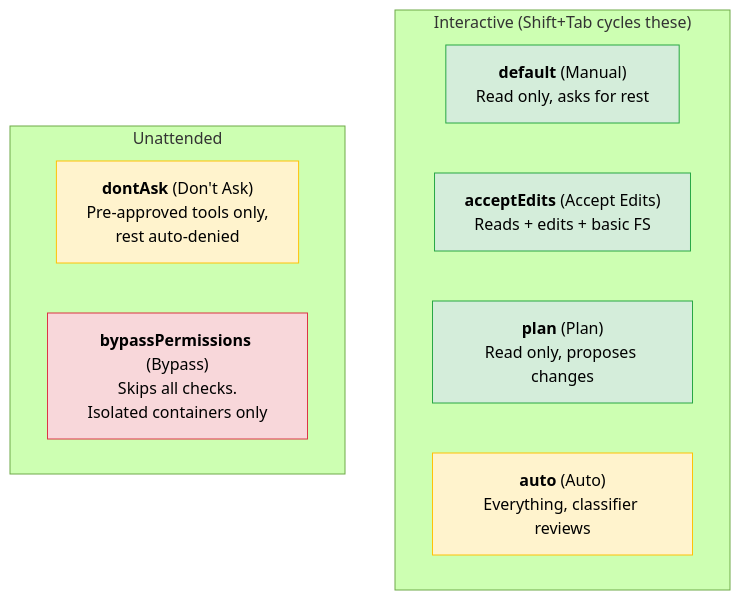
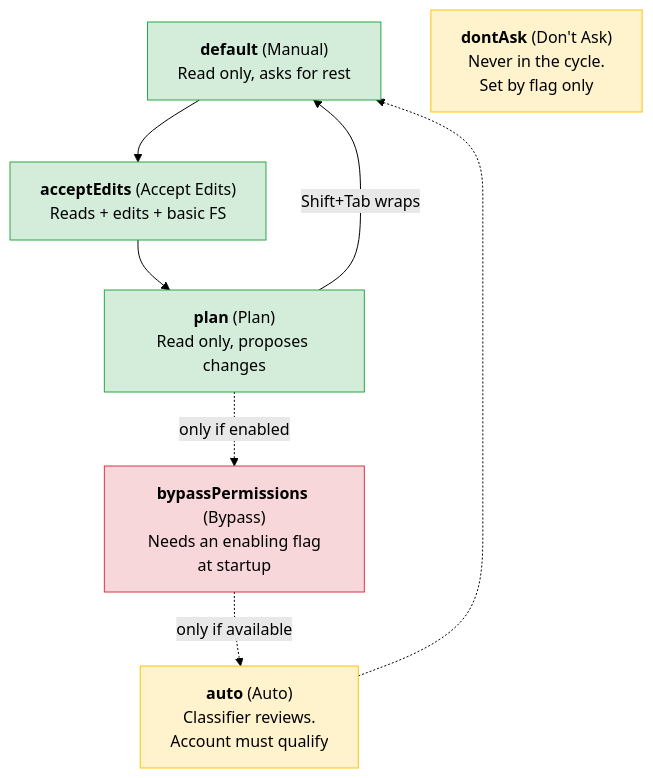
Before and after one commit to shreyabaid007/Claude-Certified-Architect: the third of 8 diagrams in Foundations/04-Claude-Code-in-Action/README.md, drawn with Mermaid (forest theme). The commit also changed other lines of this file and 2 other files, not shown here.

Commit message:
fix: correct Shift+Tab cycle membership in the permission modes diagram
Verified against code.claude.com/docs/en/permission-modes: the base
cycle is default -> acceptEdits -> plan. auto joins when the account
meets the requirements, bypassPermissions joins only when started with
an enabling flag, and dontAsk never appears in the cycle.

The note showed auto as unconditionally in the cycle. dontAsk was
already outside it, so this is a narrower fix than the issue described.

The diagram now draws the cycle with directional arrows rather than
grouping boxes in subgraphs, which also satisfies the repo's own rule
that every diagram carries at least one arrow. All six modes remain
visible, and the palette and color:#000 are unchanged.

Adds a 'Verify before you build' callout, since cycle membership is
version- and account-dependent, and corrects the same imprecise claim
where it had propagated into the Quick Revision row, GLOSSARY.md, and
CHEATSHEET.md.

Closes #3

````diff
--- a/Foundations/04-Claude-Code-in-Action/README.md
+++ b/Foundations/04-Claude-Code-in-Action/README.md
@@ -121,20 +121,17 @@
 ```mermaid
 flowchart TD
-    subgraph interactive["Interactive (Shift+Tab cycles these)"]
-        M["<b>default</b> (Manual)<br/>Read only, asks for rest"]
-        AE["<b>acceptEdits</b> (Accept Edits)<br/>Reads + edits + basic FS"]
-        P["<b>plan</b> (Plan)<br/>Read only, proposes changes"]
-        AU["<b>auto</b> (Auto)<br/>Everything, classifier reviews"]
-    end
-    subgraph unattended["Unattended"]
-        DA["<b>dontAsk</b> (Don't Ask)<br/>Pre-approved tools only,<br/>rest auto-denied"]
-        BP["<b>bypassPermissions</b> (Bypass)<br/>Skips all checks.<br/>Isolated containers only"]
-    end
+    M["<b>default</b> (Manual)<br/>Read only, asks for rest"] --> AE["<b>acceptEdits</b> (Accept Edits)<br/>Reads + edits + basic FS"]
+    AE --> P["<b>plan</b> (Plan)<br/>Read only, proposes changes"]
+    P -->|"Shift+Tab wraps"| M
+    P -.->|"only if enabled"| BP["<b>bypassPermissions</b> (Bypass)<br/>Needs an enabling flag<br/>at startup"]
+    BP -.->|"only if available"| AU["<b>auto</b> (Auto)<br/>Classifier reviews.<br/>Account must qualify"]
+    AU -.-> M
+    DA["<b>dontAsk</b> (Don't Ask)<br/>Never in the cycle.<br/>Set by flag only"]
 
     style M fill:#d4edda,stroke:#28a745,color:#000
     style AE fill:#d4edda,stroke:#28a745,color:#000
     style P fill:#d4edda,stroke:#28a745,color:#000
     style AU fill:#fff3cd,stroke:#ffc107,color:#000
     style DA fill:#fff3cd,stroke:#ffc107,color:#000
     style BP fill:#f8d7da,stroke:#dc3545,color:#000
 ```
````
